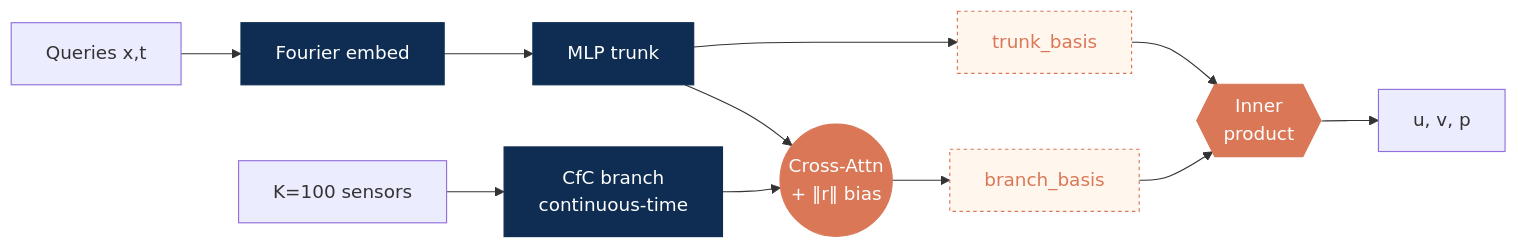
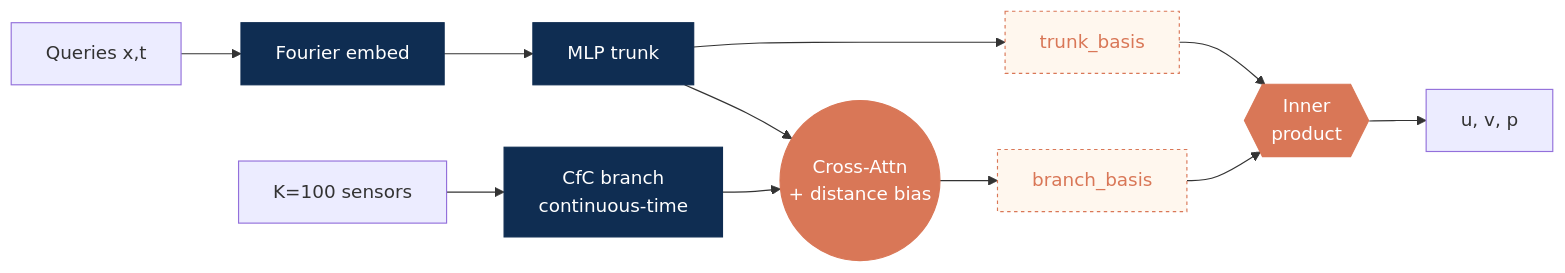
The diagram in thesis/slide/slides.md (latteine1217/pi-lnn), drawn with Mermaid before and after one commit. The commit also changed other lines of this file, not shown here.

````diff
--- a/thesis/slide/slides.md
+++ b/thesis/slide/slides.md
@@ -664,19 +664,19 @@
 ```mermaid {scale: 0.66}
 graph LR
   A[K=100 sensors] --> B[CfC branch<br/>continuous-time]
   C[Queries x,t] --> D[Fourier embed] --> M[MLP trunk]
   M --> T[trunk_basis]
-  M --> X((Cross-Attn<br/>+ ‖r‖ bias))
+  M --> X((Cross-Attn<br/>+ distance bias))
   B --> X
   X --> Br[branch_basis]
   T --> F{{Inner<br/>product}}
   Br --> F
   F --> O[u, v, p]
   style F fill:#D97757,color:#fff,stroke:#D97757
   style X fill:#D97757,color:#fff,stroke:#D97757
   style T fill:#FFF7EE,color:#D97757,stroke:#D97757,stroke-dasharray: 3 3
   style Br fill:#FFF7EE,color:#D97757,stroke:#D97757,stroke-dasharray: 3 3
   style B fill:#0F2D52,color:#fff,stroke:#0F2D52
   style D fill:#0F2D52,color:#fff,stroke:#0F2D52
   style M fill:#0F2D52,color:#fff,stroke:#0F2D52
 ```
````
